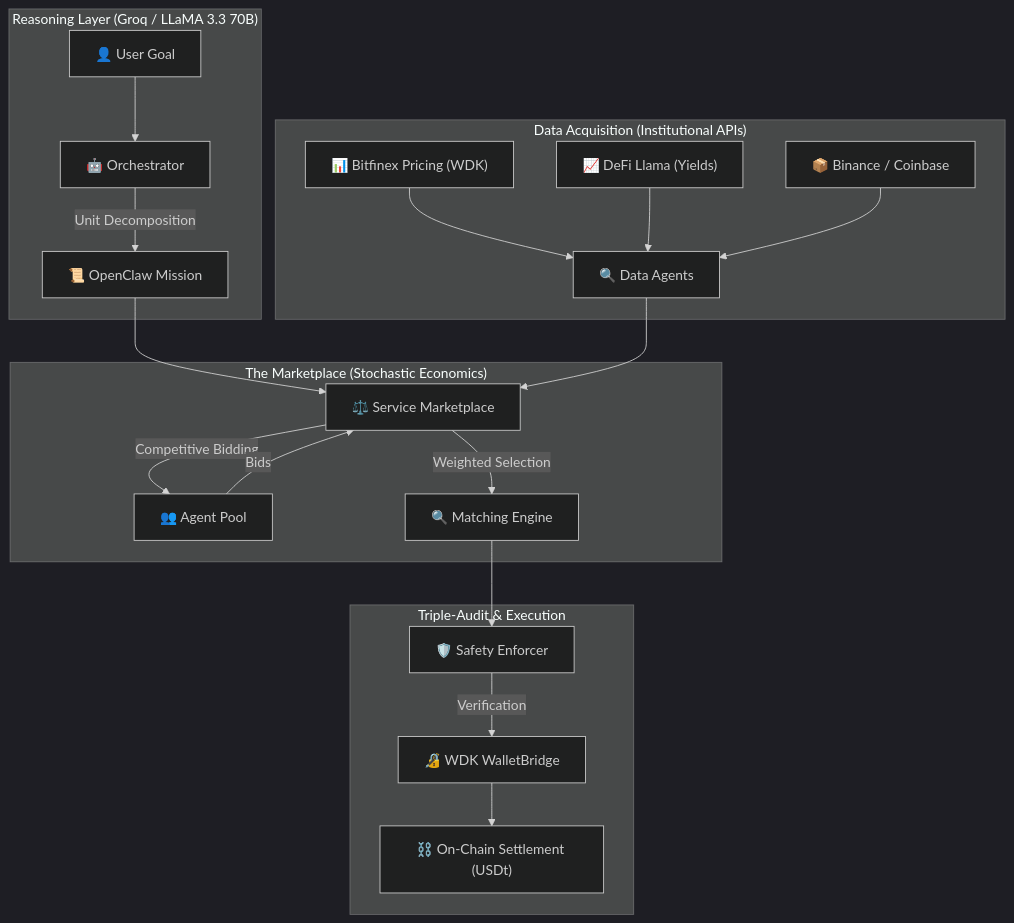
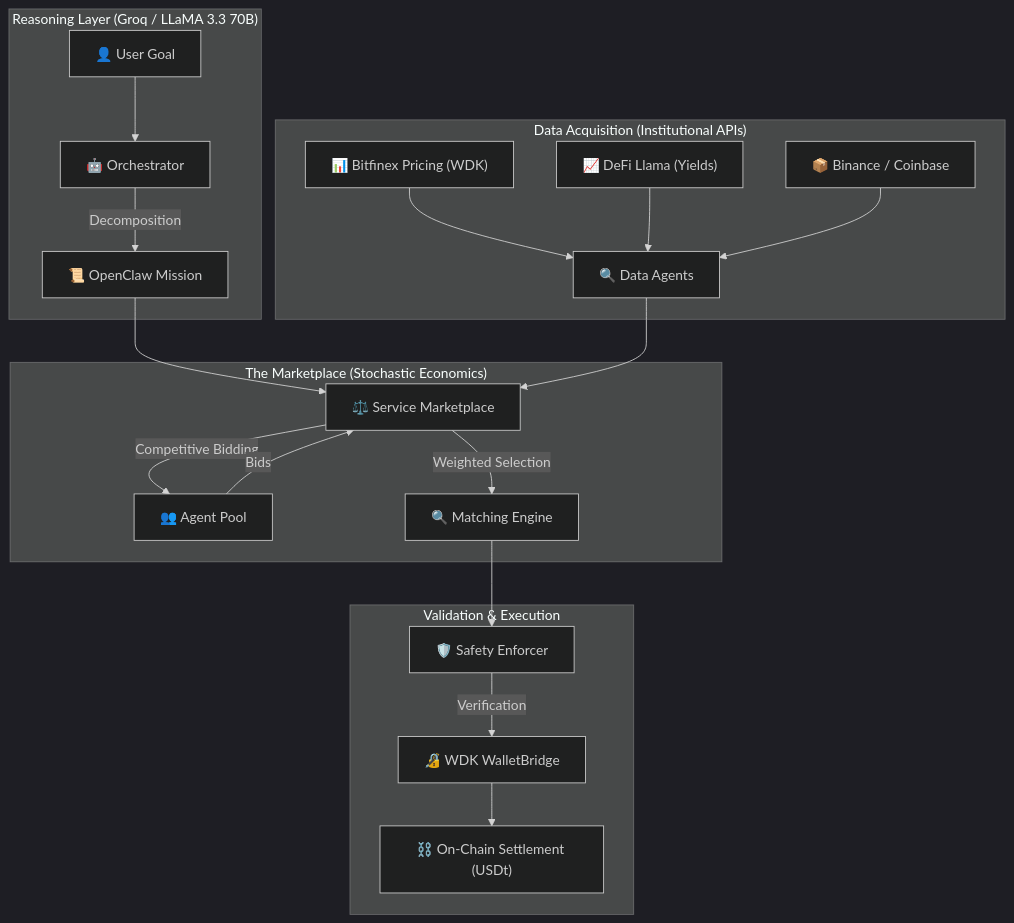
The first of 2 diagrams in README.md (nevan-sonic/nevorax), drawn with Mermaid (dark theme) before and after one commit. The commit also changed other lines of this file, not shown here.

````diff
--- a/README.md
+++ b/README.md
@@ -16,27 +16,27 @@
 ```mermaid
 graph TD
     subgraph "Reasoning Layer (Groq / LLaMA 3.3 70B)"
         A["👤 User Goal"] --> B["🤖 Orchestrator"]
-        B -->|Unit Decomposition| C["📜 OpenClaw Mission"]
+        B -->|Decomposition| C["📜 OpenClaw Mission"]
     end
 
     subgraph "Data Acquisition (Institutional APIs)"
         D["📊 Bitfinex Pricing (WDK)"] --> E["🔍 Data Agents"]
         F["📈 DeFi Llama (Yields)"] --> E
         G["📦 Binance / Coinbase"] --> E
     end
 
     subgraph "The Marketplace (Stochastic Economics)"
         C --> H["⚖️ Service Marketplace"]
         E --> H
         H -->|Competitive Bidding| I["👥 Agent Pool"]
         I -->|Bids| H
         H -->|Weighted Selection| J["🔍 Matching Engine"]
     end
 
-    subgraph "Triple-Audit & Execution"
+    subgraph "Validation & Execution"
         J --> K["🛡️ Safety Enforcer"]
         K -->|Verification| L["🔏 WDK WalletBridge"]
         L --> M["⛓️ On-Chain Settlement (USDt)"]
     end
 ```
````
